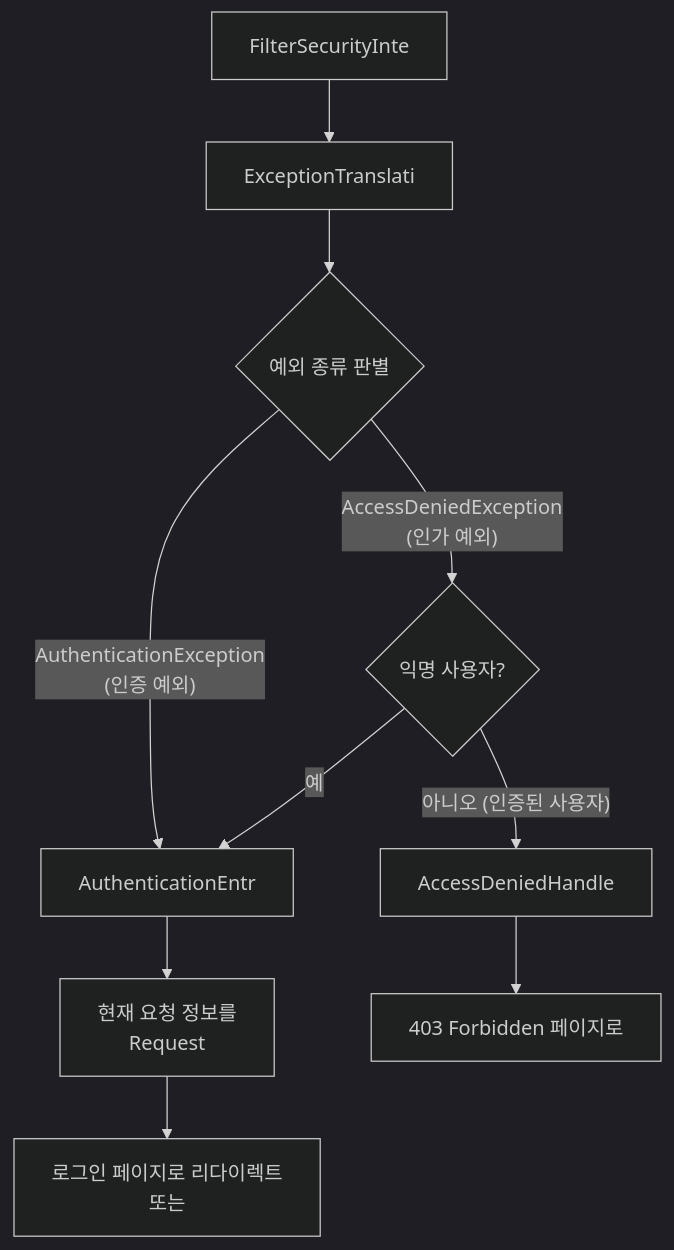
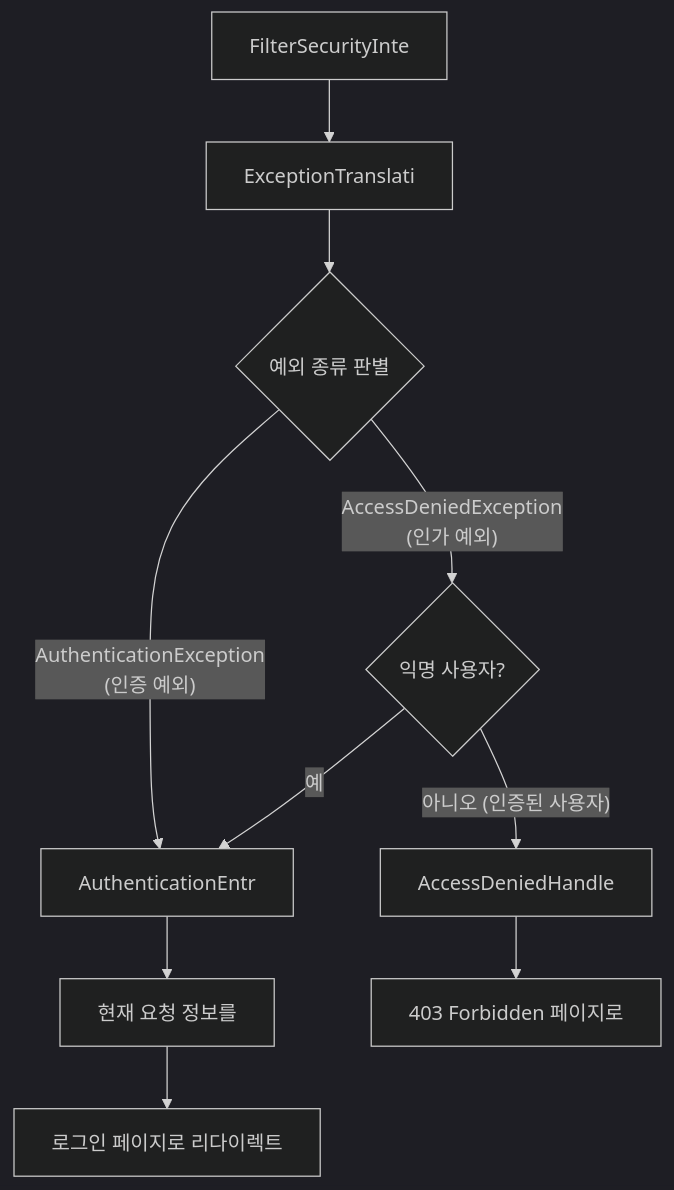
One commit to yjkim2015/yjkim2015.github.io changed the first of 3 diagrams in _posts/security/2021-05-16-예외 처리 및 요청 캐시 필터.md. Above: the diagram before and after it, drawn with Mermaid (dark theme). The commit also changed other lines of this file and 217 other files, not shown here.

First line of the commit message:
Mermaid 크기 수정: useMaxWidth:true + SVG max-width:100% + 라벨 축소

````diff
--- a/_posts/security/2021-05-16-예외 처리 및 요청 캐시 필터.md
+++ b/_posts/security/2021-05-16-예외 처리 및 요청 캐시 필터.md
@@ -22,12 +22,12 @@
 ```mermaid
 flowchart TD
     A["FilterSecurityInte"] --> B["ExceptionTranslati"]
     B --> C{"예외 종류 판별"}
     C -- "AuthenticationException\n(인증 예외)" --> D["AuthenticationEntr"]
     C -- "AccessDeniedException\n(인가 예외)" --> E{"익명 사용자?"}
     E -- "예" --> D
     E -- "아니오 (인증된 사용자)" --> F["AccessDeniedHandle"]
-    D --> G["현재 요청 정보를\nRequest"]
-    G --> H["로그인 페이지로 리다이렉트\n또는"]
+    D --> G["현재 요청 정보를"]
+    G --> H["로그인 페이지로 리다이렉트"]
     F --> I["403 Forbidden 페이지로"]
 ```
````
